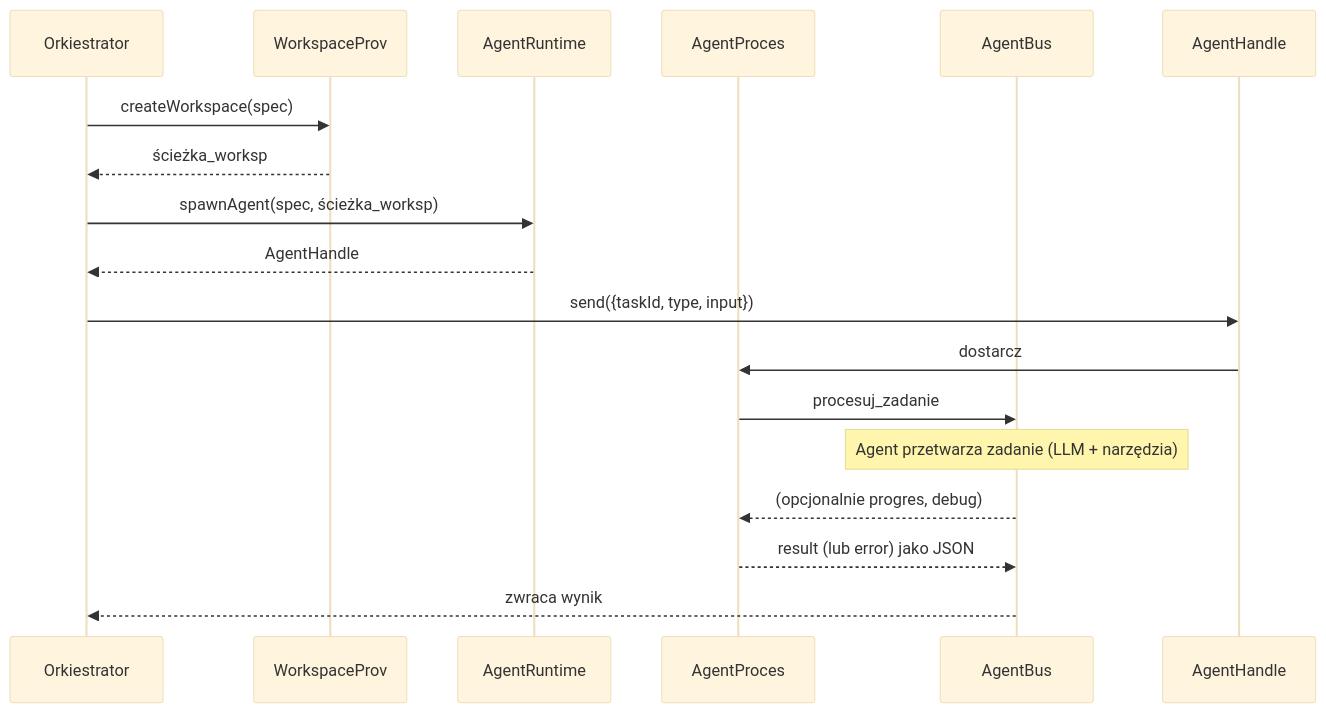
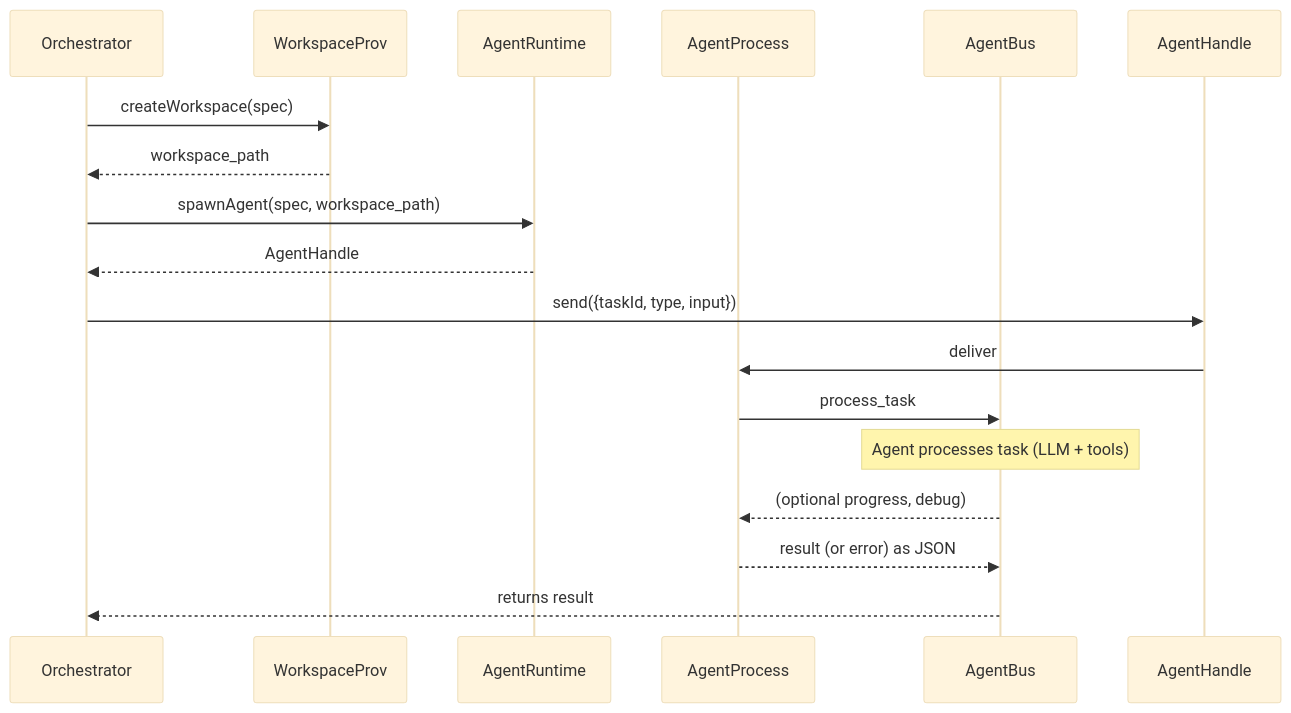
Before and after one commit to misiekhardcore/feature-forge: the third of 4 diagrams in .pi/plans/deep-research-report.md, drawn with Mermaid (base theme). The commit also changed other lines of this file, not shown here.

Commit message:
chore: translate input component text to English

````diff
--- a/.pi/plans/deep-research-report.md
+++ b/.pi/plans/deep-research-report.md
@@ -230,20 +232,20 @@
 ```mermaid
 sequenceDiagram
-    participant Orkiestrator
+    participant Orchestrator
     participant WorkspaceProv
     participant AgentRuntime
-    participant AgentProces
+    participant AgentProcess
     participant AgentBus
 
-    Orkiestrator->>WorkspaceProv: createWorkspace(spec)
-    WorkspaceProv-->>Orkiestrator: ścieżka_worksp
-    Orkiestrator->>AgentRuntime: spawnAgent(spec, ścieżka_worksp)
-    AgentRuntime-->>Orkiestrator: AgentHandle
-    Orkiestrator->>AgentHandle: send({taskId, type, input})
-    AgentHandle->>AgentProces: dostarcz
-    AgentProces->>AgentBus: procesuj_zadanie
-    Note over AgentBus: Agent przetwarza zadanie (LLM + narzędzia)
-    AgentBus-->>AgentProces: (opcjonalnie progres, debug)
-    AgentProces-->>AgentBus: result (lub error) jako JSON
-    AgentBus-->>Orkiestrator: zwraca wynik
+    Orchestrator->>WorkspaceProv: createWorkspace(spec)
+    WorkspaceProv-->>Orchestrator: workspace_path
+    Orchestrator->>AgentRuntime: spawnAgent(spec, workspace_path)
+    AgentRuntime-->>Orchestrator: AgentHandle
+    Orchestrator->>AgentHandle: send({taskId, type, input})
+    AgentHandle->>AgentProcess: deliver
+    AgentProcess->>AgentBus: process_task
+    Note over AgentBus: Agent processes task (LLM + tools)
+    AgentBus-->>AgentProcess: (optional progress, debug)
+    AgentProcess-->>AgentBus: result (or error) as JSON
+    AgentBus-->>Orchestrator: returns result
 ```
````
